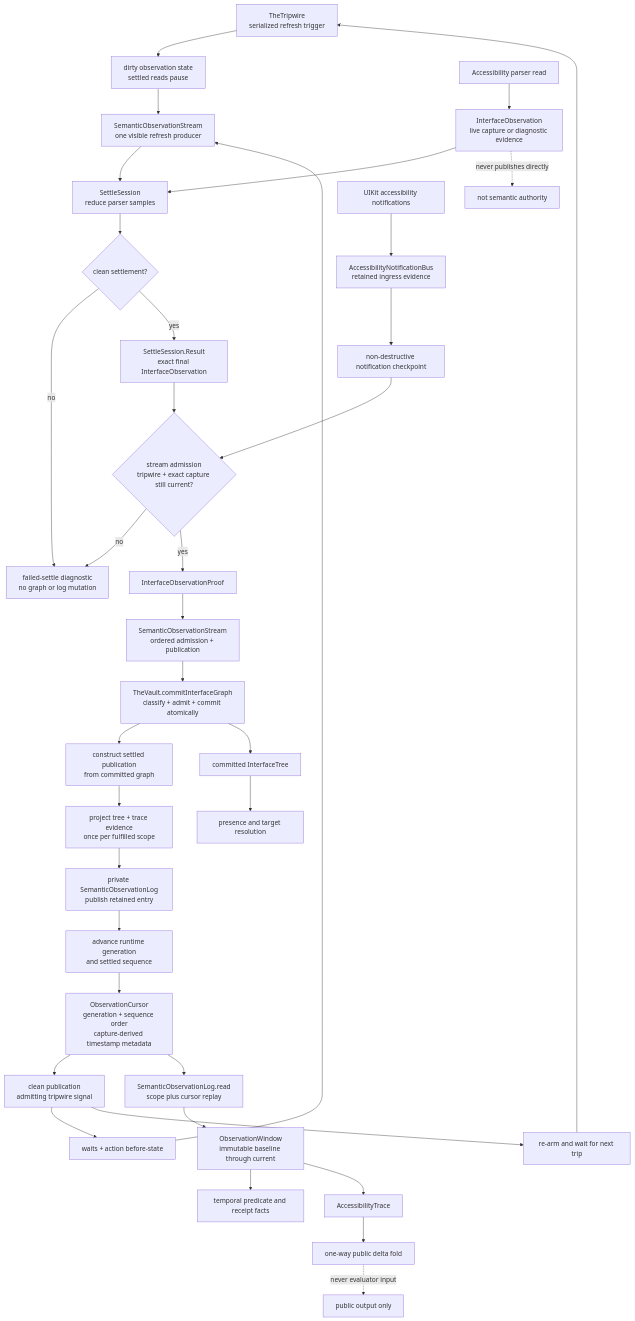
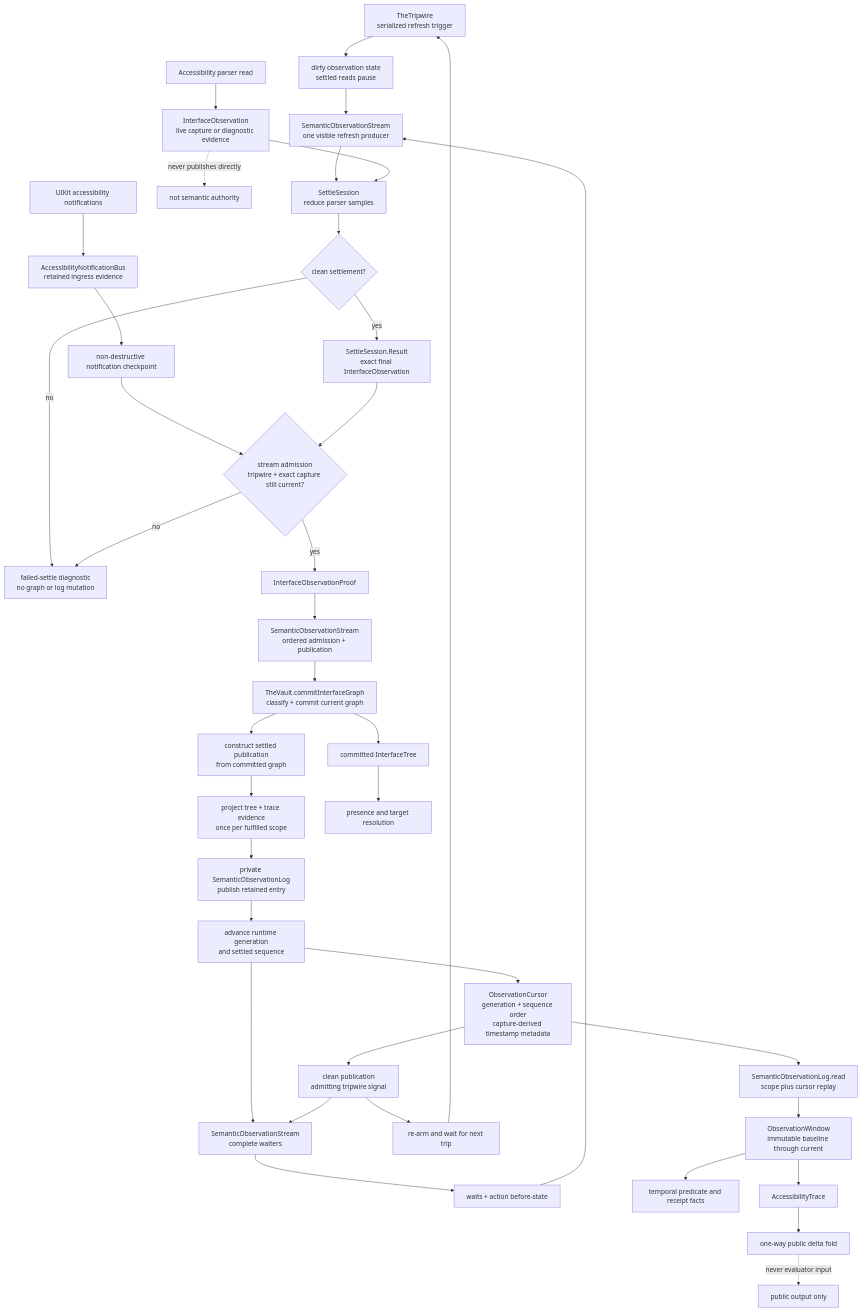
Before and after one commit to RoyalPineapple/TheButtonHeist: the first of 5 diagrams in docs/diagrams/observation-pipeline.md, drawn with Mermaid. The commit also changed other lines of this file and 65 other files, not shown here.

````diff
--- a/docs/diagrams/observation-pipeline.md
+++ b/docs/diagrams/observation-pipeline.md
@@ -32,40 +34,42 @@
 ```mermaid
 flowchart TD
     Tripwire["TheTripwire<br/>serialized refresh trigger"] --> Dirty["dirty observation state<br/>settled reads pause"]
     Dirty --> Producer["SemanticObservationStream<br/>one visible refresh producer"]
     Consumers["waits + action before-state"] --> Producer
     Producer --> Settle
     Parser["Accessibility parser read"] --> Raw["InterfaceObservation<br/>live capture or diagnostic evidence"]
     Raw --> Settle["SettleSession<br/>reduce parser samples"]
     Raw -. "never publishes directly" .-> NoAuthority["not semantic authority"]
     Signals["UIKit accessibility notifications"] --> Bus["AccessibilityNotificationBus<br/>retained ingress evidence"]
     Bus --> Checkpoint["non-destructive notification checkpoint"]
     Checkpoint --> Admission
     Settle --> Clean{"clean settlement?"}
     Clean -->|no| Diagnostic["failed-settle diagnostic<br/>no graph or log mutation"]
     Clean -->|yes| Outcome["SettleSession.Result<br/>exact final InterfaceObservation"]
     Outcome --> Admission{"stream admission<br/>tripwire + exact capture still current?"}
     Admission -->|no| Diagnostic
     Admission -->|yes| Proof["InterfaceObservationProof"]
 
     Proof --> Committer["SemanticObservationStream<br/>ordered admission + publication"]
-    Committer --> Graph["TheVault.commitInterfaceGraph<br/>classify + admit + commit atomically"]
+    Committer --> Graph["TheVault.commitInterfaceGraph<br/>classify + commit current graph"]
     Graph --> Publication["construct settled publication<br/>from committed graph"]
     Publication --> Scope["project tree + trace evidence<br/>once per fulfilled scope"]
     Scope --> Log["private SemanticObservationLog<br/>publish retained entry"]
     Log --> Runtime["advance runtime generation<br/>and settled sequence"]
+    Runtime --> Delivery["SemanticObservationStream<br/>complete waiters"]
     Runtime --> Cursor["ObservationCursor<br/>generation + sequence order<br/>capture-derived timestamp metadata"]
     Cursor --> Seal["clean publication<br/>admitting tripwire signal"]
-    Seal --> Consumers
+    Seal --> Delivery
+    Delivery --> Consumers
     Seal --> Armed["re-arm and wait for next trip"]
     Armed --> Tripwire
     Cursor --> Entries["SemanticObservationLog.read<br/>scope plus cursor replay"]
 
     Current["committed InterfaceTree"] --> Presence["presence and target resolution"]
     Graph --> Current
     Entries --> Window["ObservationWindow<br/>immutable baseline through current"]
     Window --> Temporal["temporal predicate and receipt facts"]
     Window --> Trace["AccessibilityTrace"]
     Trace --> Delta["one-way public delta fold"]
     Delta -. "never evaluator input" .-> Output["public output only"]
 ```
````
